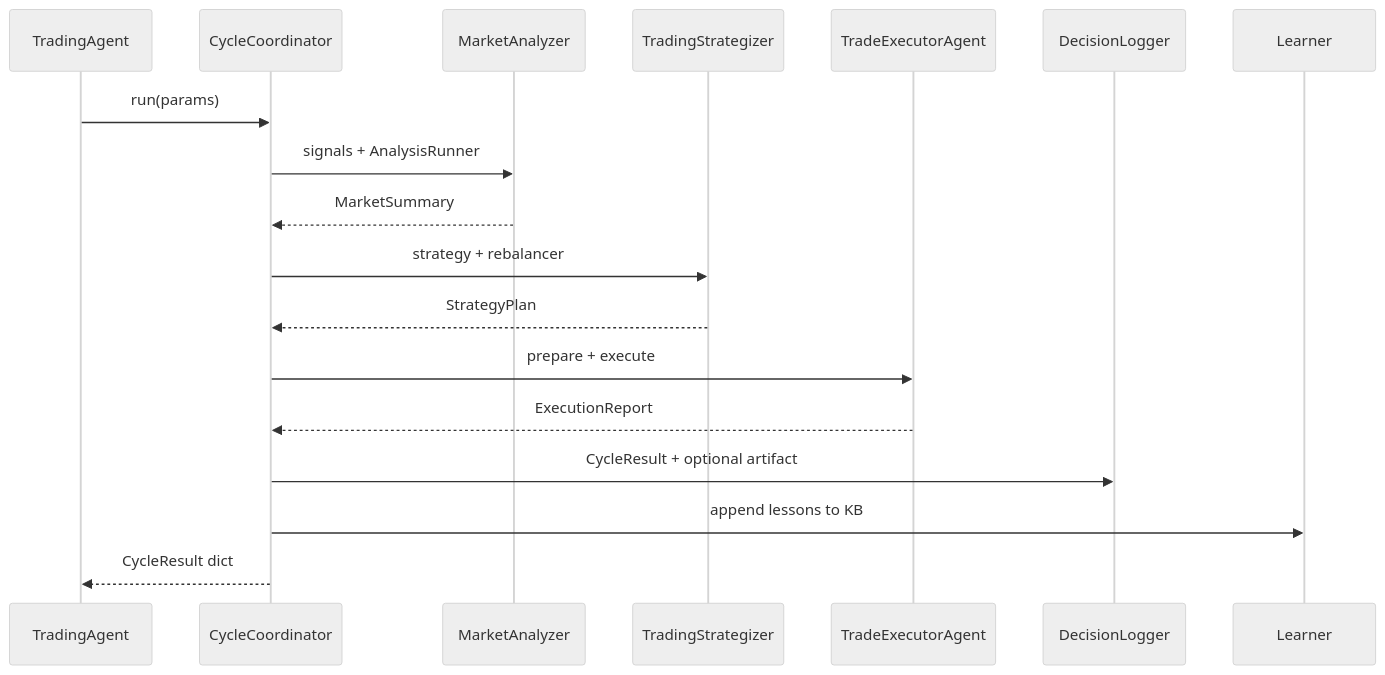
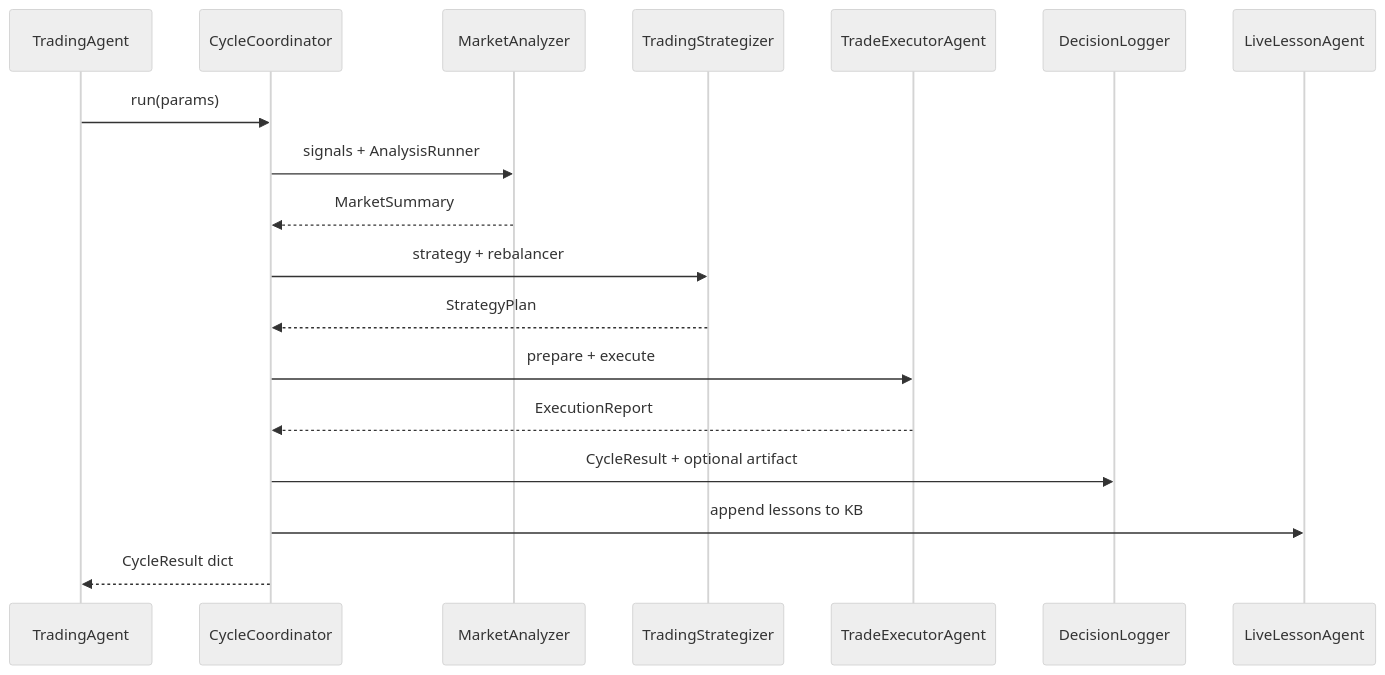
Before and after one commit to yetigong/trading-agent: the diagram in docs/agents/multi-agent.md, drawn with Mermaid (neutral theme). The commit also changed other lines of this file and 31 other files, not shown here.

````diff
--- a/docs/agents/multi-agent.md
+++ b/docs/agents/multi-agent.md
@@ -7,21 +9,21 @@
 ```mermaid
 sequenceDiagram
     participant TA as TradingAgent
     participant CC as CycleCoordinator
     participant MA as MarketAnalyzer
     participant TS as TradingStrategizer
     participant TE as TradeExecutorAgent
     participant DL as DecisionLogger
-    participant LR as Learner
+    participant LL as LiveLessonAgent
 
     TA->>CC: run(params)
     CC->>MA: signals + AnalysisRunner
     MA-->>CC: MarketSummary
     CC->>TS: strategy + rebalancer
     TS-->>CC: StrategyPlan
     CC->>TE: prepare + execute
     TE-->>CC: ExecutionReport
     CC->>DL: CycleResult + optional artifact
-    CC->>LR: append lessons to KB
+    CC->>LL: append lessons to KB
     CC-->>TA: CycleResult dict
 ```
````
